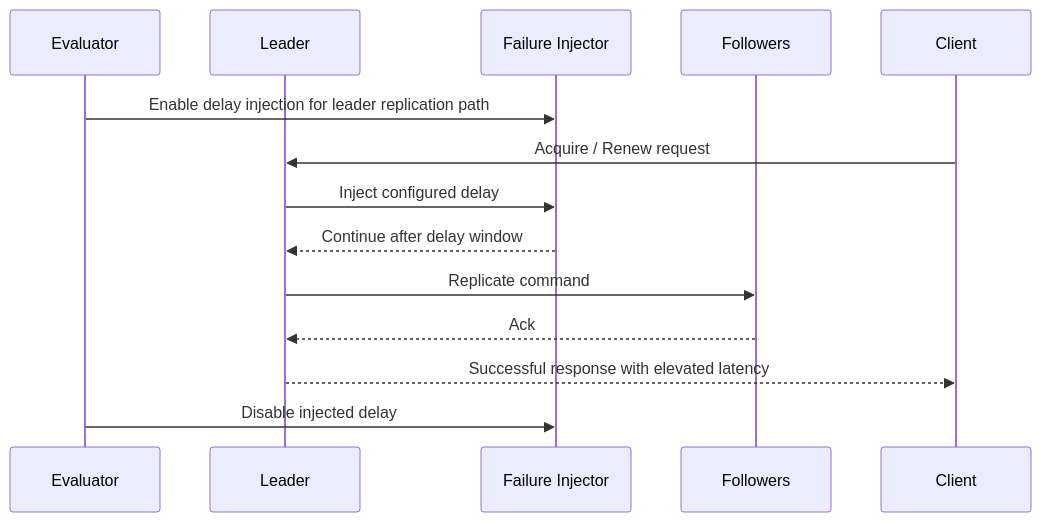
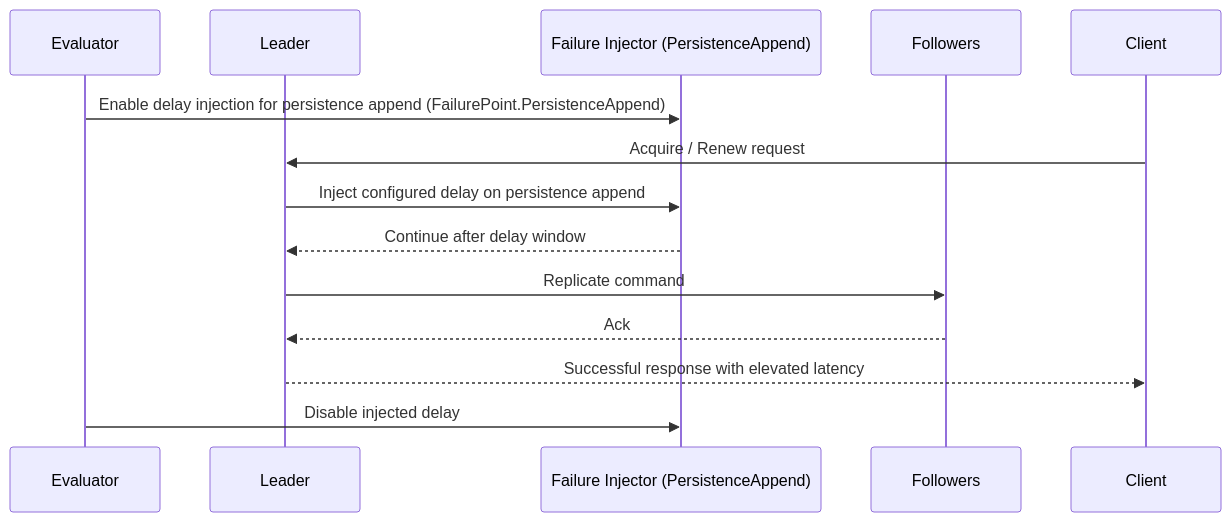
Diagram 12 of 12 in docs/diagrams/request-flow.md (richrobertson/tenure), drawn with Mermaid before and after one commit. The commit also changed other lines of this file, not shown here.

Commit message:
Align diagrams with renew and failure paths

````diff
--- a/docs/diagrams/request-flow.md
+++ b/docs/diagrams/request-flow.md
@@ -207,17 +207,17 @@
 ```mermaid
 sequenceDiagram
     participant E as Evaluator
     participant L as Leader
-    participant I as Failure Injector
+    participant I as Failure Injector (PersistenceAppend)
     participant F as Followers
     participant C as Client
 
-    E->>I: Enable delay injection for leader replication path
+    E->>I: Enable delay injection for persistence append (FailurePoint.PersistenceAppend)
     C->>L: Acquire / Renew request
-    L->>I: Inject configured delay
+    L->>I: Inject configured delay on persistence append
     I-->>L: Continue after delay window
     L->>F: Replicate command
     F-->>L: Ack
     L-->>C: Successful response with elevated latency
     E->>I: Disable injected delay
 ```
````
